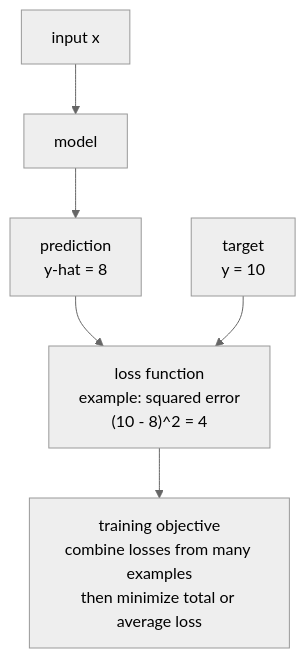
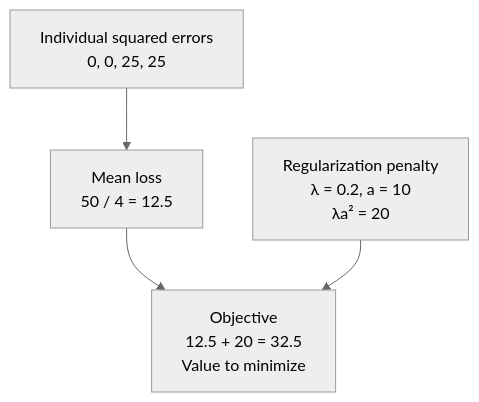
Before and after one commit to devchan64/AiBook: the diagram in docs/assets/part-02/chapter-06/loss-objective-flow-en.mmd, drawn with Mermaid (neutral theme). The commit also changed 7 other files, not shown here.

Commit message:
docs: strengthen P2-6.2 loss and regularization examples

```diff
--- a/docs/assets/part-02/chapter-06/loss-objective-flow-en.mmd
+++ b/docs/assets/part-02/chapter-06/loss-objective-flow-en.mmd
@@ -1,12 +1,8 @@
 flowchart TD
-  X["input x"]
-  M["model"]
-  P["prediction<br/>y-hat = 8"]
-  Y["target<br/>y = 10"]
-  L["loss function<br/>example: squared error<br/>(10 - 8)^2 = 4"]
-  O["training objective<br/>combine losses from many examples<br/>then minimize total or average loss"]
-
-  X --> M --> P
-  P --> L
-  Y --> L
-  L --> O
+  L["Individual squared errors<br/>0, 0, 25, 25"]
+  M["Mean loss<br/>50 / 4 = 12.5"]
+  R["Regularization penalty<br/>λ = 0.2, a = 10<br/>λa² = 20"]
+  O["Objective<br/>12.5 + 20 = 32.5<br/>Value to minimize"]
+  L --> M
+  M --> O
+  R --> O
```
